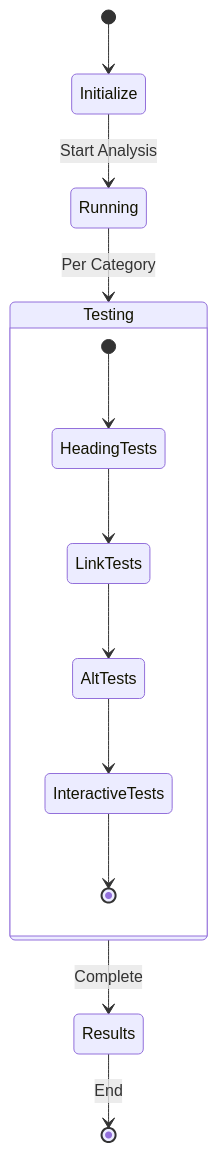
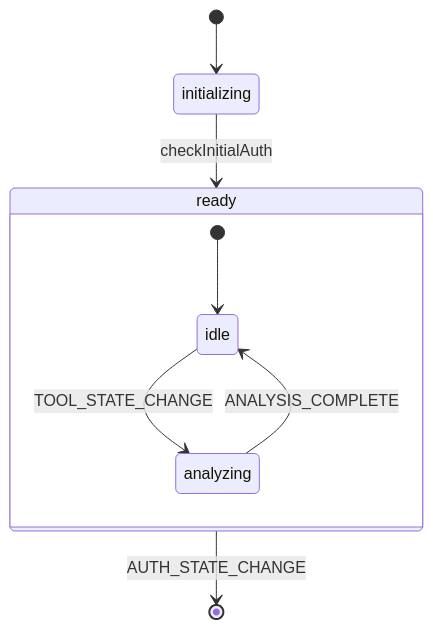
Before and after one commit to AleksejDix/allyship.dev: the third of 3 diagrams in apps/allystudio/README.md, drawn with Mermaid. The commit also changed other lines of this file, not shown here.

````diff
--- a/apps/allystudio/README.md
+++ b/apps/allystudio/README.md
@@ -621,16 +84,13 @@
 ```mermaid
 stateDiagram-v2
-    [*] --> Initialize
-    Initialize --> Running: Start Analysis
-    Running --> Testing: Per Category
-    Testing --> Results: Complete
-    Results --> [*]: End
+    [*] --> initializing
+    initializing --> ready: checkInitialAuth
 
-    state Testing {
-        [*] --> HeadingTests
-        HeadingTests --> LinkTests
-        LinkTests --> AltTests
-        AltTests --> InteractiveTests
-        InteractiveTests --> [*]
+    state ready {
+        [*] --> idle
+        idle --> analyzing: TOOL_STATE_CHANGE
+        analyzing --> idle: ANALYSIS_COMPLETE
     }
+
+    ready --> [*]: AUTH_STATE_CHANGE
 ```
````
